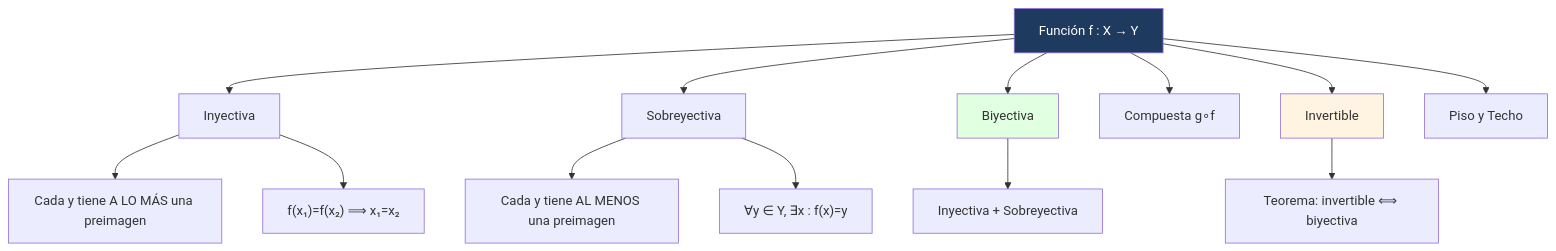
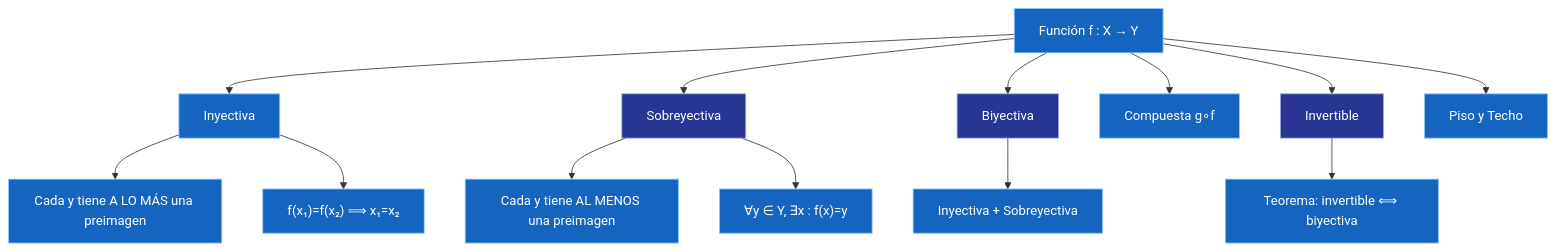
Before and after one commit to Fsteven22/Notas-ESPOL: the diagram in src/site/notes/Universidad/3er Semestre/Matemáticas Discretas/Unidad 2 - Funciones y Relaciones/01 - Funciones.md, drawn with Mermaid. The commit also changed other lines of this file and 79 other files, not shown here.

````diff
--- a/src/site/notes/Universidad/3er Semestre/Matemáticas Discretas/Unidad 2 - Funciones y Relaciones/01 - Funciones.md
+++ b/src/site/notes/Universidad/3er Semestre/Matemáticas Discretas/Unidad 2 - Funciones y Relaciones/01 - Funciones.md
@@ -367,19 +367,29 @@
 ```mermaid
 graph TD
     A[Función f : X → Y] --> B[Inyectiva]
     A --> C[Sobreyectiva]
     A --> D[Biyectiva]
     A --> E[Compuesta g∘f]
     A --> F[Invertible]
     A --> G[Piso y Techo]
     B --> B1["Cada y tiene A LO MÁS una preimagen"]
     B --> B2["f(x₁)=f(x₂) ⟹ x₁=x₂"]
     C --> C1["Cada y tiene AL MENOS una preimagen"]
     C --> C2["∀y ∈ Y, ∃x : f(x)=y"]
     D --> D1[Inyectiva + Sobreyectiva]
     F --> F2[Teorema: invertible ⟺ biyectiva]
+    style A fill:#1565C0,color:#FFFFFF,stroke:#90CAF9,stroke-width:1px
+    style B fill:#1565C0,color:#FFFFFF,stroke:#90CAF9,stroke-width:1px
+    style B1 fill:#1565C0,color:#FFFFFF,stroke:#90CAF9,stroke-width:1px
+    style B2 fill:#1565C0,color:#FFFFFF,stroke:#90CAF9,stroke-width:1px
+    style C fill:#283593,color:#FFFFFF,stroke:#9FA8DA,stroke-width:1px
+    style C1 fill:#1565C0,color:#FFFFFF,stroke:#90CAF9,stroke-width:1px
+    style C2 fill:#1565C0,color:#FFFFFF,stroke:#90CAF9,stroke-width:1px
+    style D fill:#283593,color:#FFFFFF,stroke:#9FA8DA,stroke-width:1px
+    style D1 fill:#1565C0,color:#FFFFFF,stroke:#90CAF9,stroke-width:1px
+    style E fill:#1565C0,color:#FFFFFF,stroke:#90CAF9,stroke-width:1px
+    style F fill:#283593,color:#FFFFFF,stroke:#9FA8DA,stroke-width:1px
+    style F2 fill:#1565C0,color:#FFFFFF,stroke:#90CAF9,stroke-width:1px
+    style G fill:#1565C0,color:#FFFFFF,stroke:#90CAF9,stroke-width:1px
 
-    style A fill:#1e3a5f,color:#fff
-    style D fill:#e1ffe1
-    style F fill:#fff4e1
 ```
````
